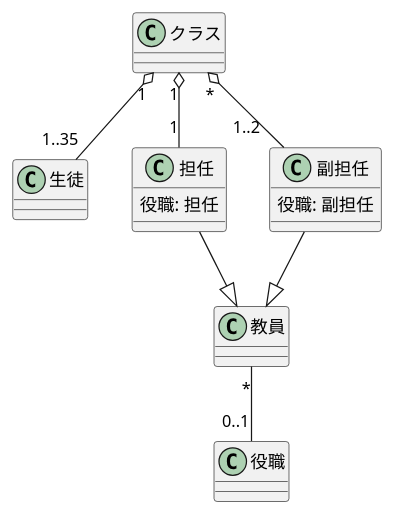
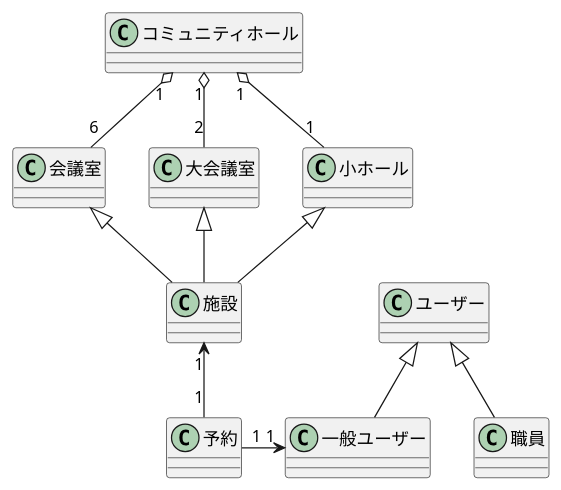
The diagram in 第06回_モデリング実習_1/提出物/class.pu (exag/information-science-practice4), drawn with PlantUML before and after one commit. The commit also changed 1 other file, not shown here.

```diff
--- a/第06回_モデリング実習_1/提出物/class.pu
+++ b/第06回_モデリング実習_1/提出物/class.pu
@@ -1,22 +1,30 @@
 @startuml 6
-class クラス
-class 生徒
-class 担任 {
-    役職: 担任
-}
-class 副担任 {
-    役職: 副担任
-}
-class 教員
-class 役職
+class ユーザー
+class 一般ユーザー
+class 職員
 
-クラス " 1" o-- "1..35" 生徒
-クラス "1" o-- "1" 担任
-クラス "*" o-- "1..2   " 副担任
 
-担任 --|> 教員
-副担任 --|> 教員
+class コミュニティホール
+class 施設
+class 会議室
+class 大会議室
+class 小ホール
 
-教員 "*" -- "0..1" 役職
+会議室 <|-- 施設
+大会議室 <|-- 施設
+小ホール <|-- 施設
+
+ユーザー <|-- 一般ユーザー
+ユーザー <|-- 職員
+
+
+class 予約
+
+コミュニティホール "1" o-- "6" 会議室
+コミュニティホール "1" o-- "2" 大会議室
+コミュニティホール "1" o-- "1" 小ホール
+
+施設 "1" <-down- "1" 予約
+予約 "1" -right-> "1" 一般ユーザー
 
 @enduml
```
